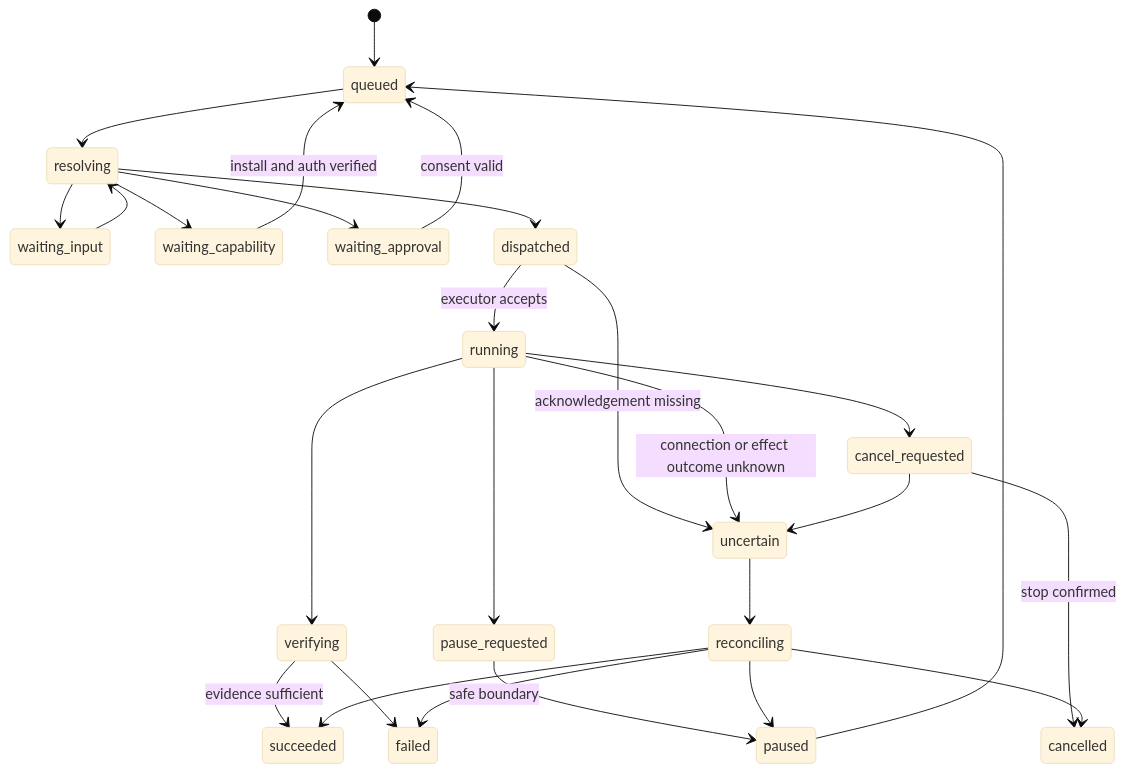
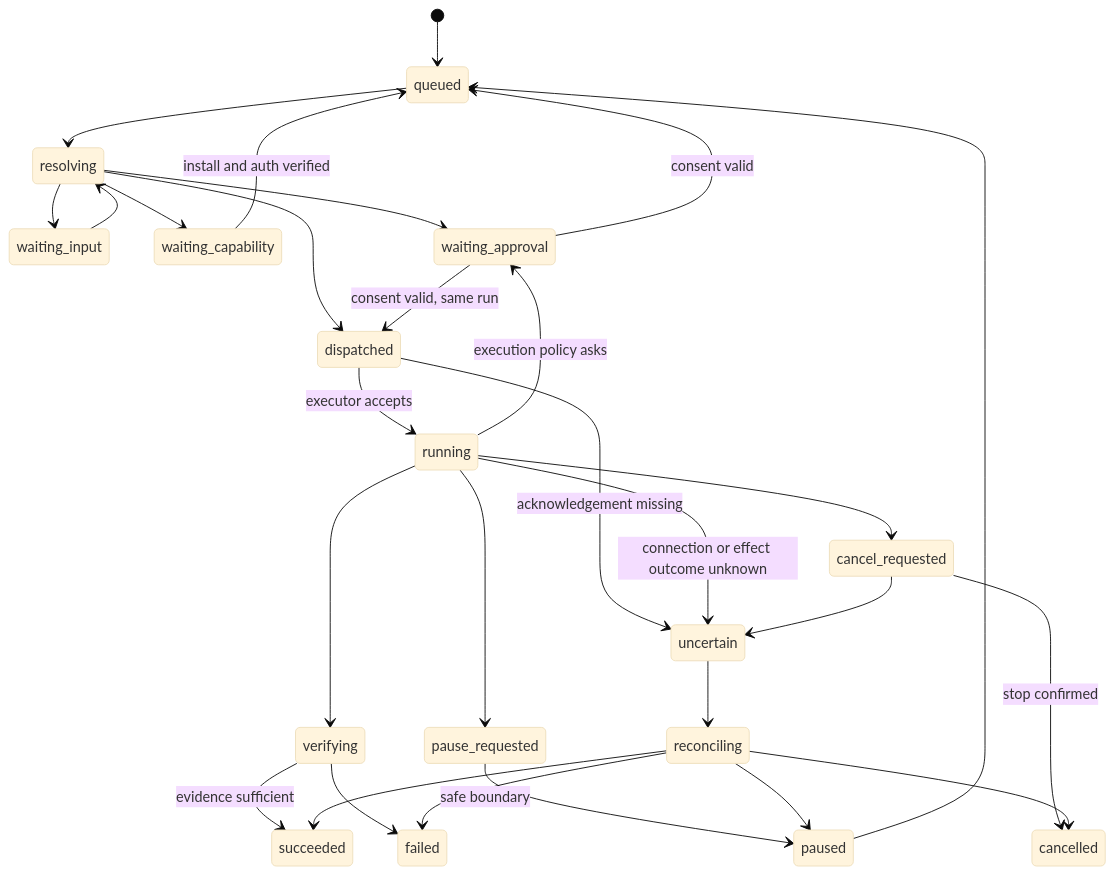
Before and after one commit to digitopvn/clarkcant: the second of 2 diagrams in docs/system-architecture.md, drawn with Mermaid (base theme). The commit also changed other lines of this file and 2 other files, not shown here.

First line of the commit message:
docs: record the task-approval decide route and the expiry-notice sweep

````diff
--- a/docs/system-architecture.md
+++ b/docs/system-architecture.md
@@ -378,29 +391,31 @@
 ```mermaid
 stateDiagram-v2
   [*] --> queued
   queued --> resolving
   resolving --> waiting_input
   waiting_input --> resolving
   resolving --> waiting_capability
   waiting_capability --> queued: install and auth verified
   resolving --> waiting_approval
   waiting_approval --> queued: consent valid
   resolving --> dispatched
   dispatched --> running: executor accepts
+  running --> waiting_approval: execution policy asks
+  waiting_approval --> dispatched: consent valid, same run
   dispatched --> uncertain: acknowledgement missing
   running --> verifying
   verifying --> succeeded: evidence sufficient
   verifying --> failed
   running --> pause_requested
   pause_requested --> paused: safe boundary
   paused --> queued
   running --> cancel_requested
   cancel_requested --> cancelled: stop confirmed
   running --> uncertain: connection or effect outcome unknown
   cancel_requested --> uncertain
   uncertain --> reconciling
   reconciling --> paused
   reconciling --> succeeded
   reconciling --> failed
   reconciling --> cancelled
 ```
````
